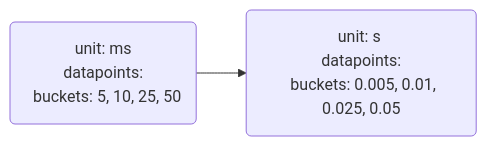
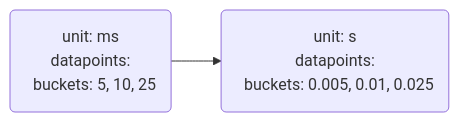
The diagram in code/http-metrics-2-scaling.mmd (evan-bradley/ottl-cookbook), drawn with Mermaid before and after one commit. The commit also changed 10 other files, not shown here.

```diff
--- a/code/http-metrics-2-scaling.mmd
+++ b/code/http-metrics-2-scaling.mmd
@@ -1,10 +1,10 @@
 flowchart LR
     log2(unit: ms
 datapoints:
-&nbsp;&nbsp;buckets: 5, 10, 25, 50
+&nbsp;&nbsp;buckets: 5, 10, 25
     )
     log3(unit: s 
 datapoints:
-&nbsp;&nbsp;buckets: 0.005, 0.01, 0.025, 0.05
+&nbsp;&nbsp;buckets: 0.005, 0.01, 0.025
     )
     log2 --> log3
```
